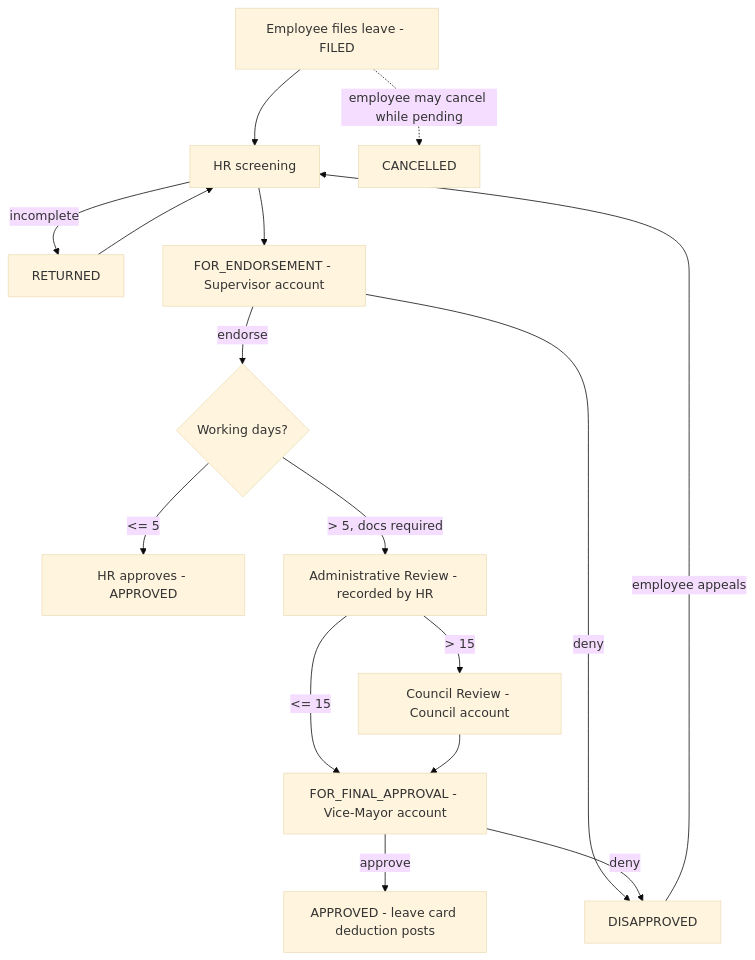
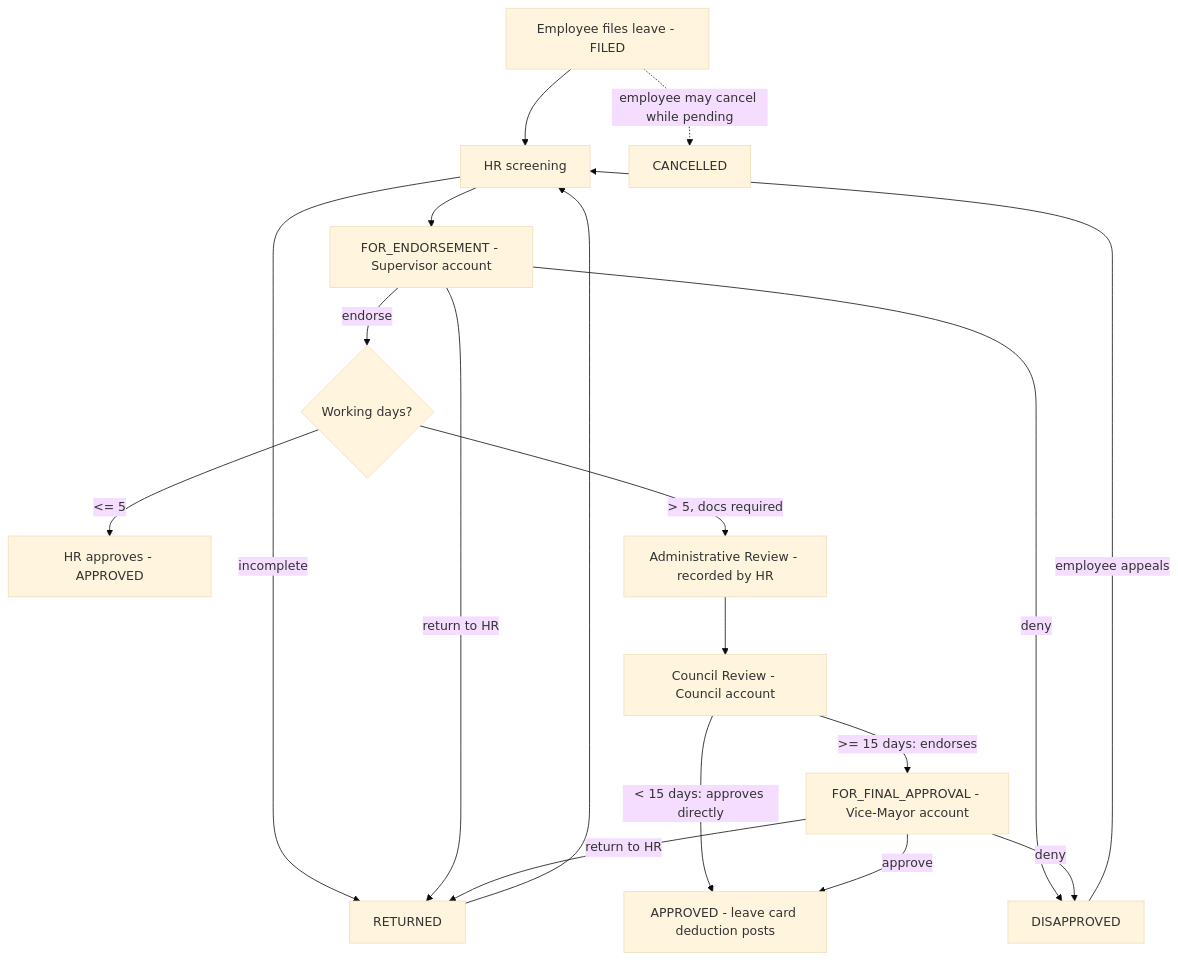
Before and after one commit to olseatech/HRIS_WEB01: the fourth of 6 diagrams in docs/HRIS_PROCESS_FLOWS.md, drawn with Mermaid (base theme). The commit also changed other lines of this file and 15 other files, not shown here.

First line of the commit message:
CR Request ID 020: unified Verified By signatory, Supervisor/VM return-to-HR, Council direct approval

````diff
--- a/docs/HRIS_PROCESS_FLOWS.md
+++ b/docs/HRIS_PROCESS_FLOWS.md
@@ -73,18 +73,20 @@
 ```mermaid
 flowchart TD
     A[Employee files leave - FILED] --> B[HR screening]
     B -->|incomplete| R[RETURNED]
     R --> B
     B --> C[FOR_ENDORSEMENT - Supervisor account]
     C -->|endorse| D{Working days?}
     C -->|deny| X[DISAPPROVED]
     D -->|<= 5| E[HR approves - APPROVED]
     D -->|> 5, docs required| F[Administrative Review - recorded by HR]
-    F -->|> 15| G[Council Review - Council account]
-    F -->|<= 15| H[FOR_FINAL_APPROVAL - Vice-Mayor account]
-    G --> H
-    H -->|approve| I[APPROVED - leave card deduction posts]
+    F --> G[Council Review - Council account]
+    G -->|< 15 days: approves directly| I[APPROVED - leave card deduction posts]
+    G -->|>= 15 days: endorses| H[FOR_FINAL_APPROVAL - Vice-Mayor account]
+    H -->|approve| I
     H -->|deny| X
+    C -->|return to HR| R
+    H -->|return to HR| R
     X -->|employee appeals| B
     A -.employee may cancel while pending.-> K[CANCELLED]
 ```
````
